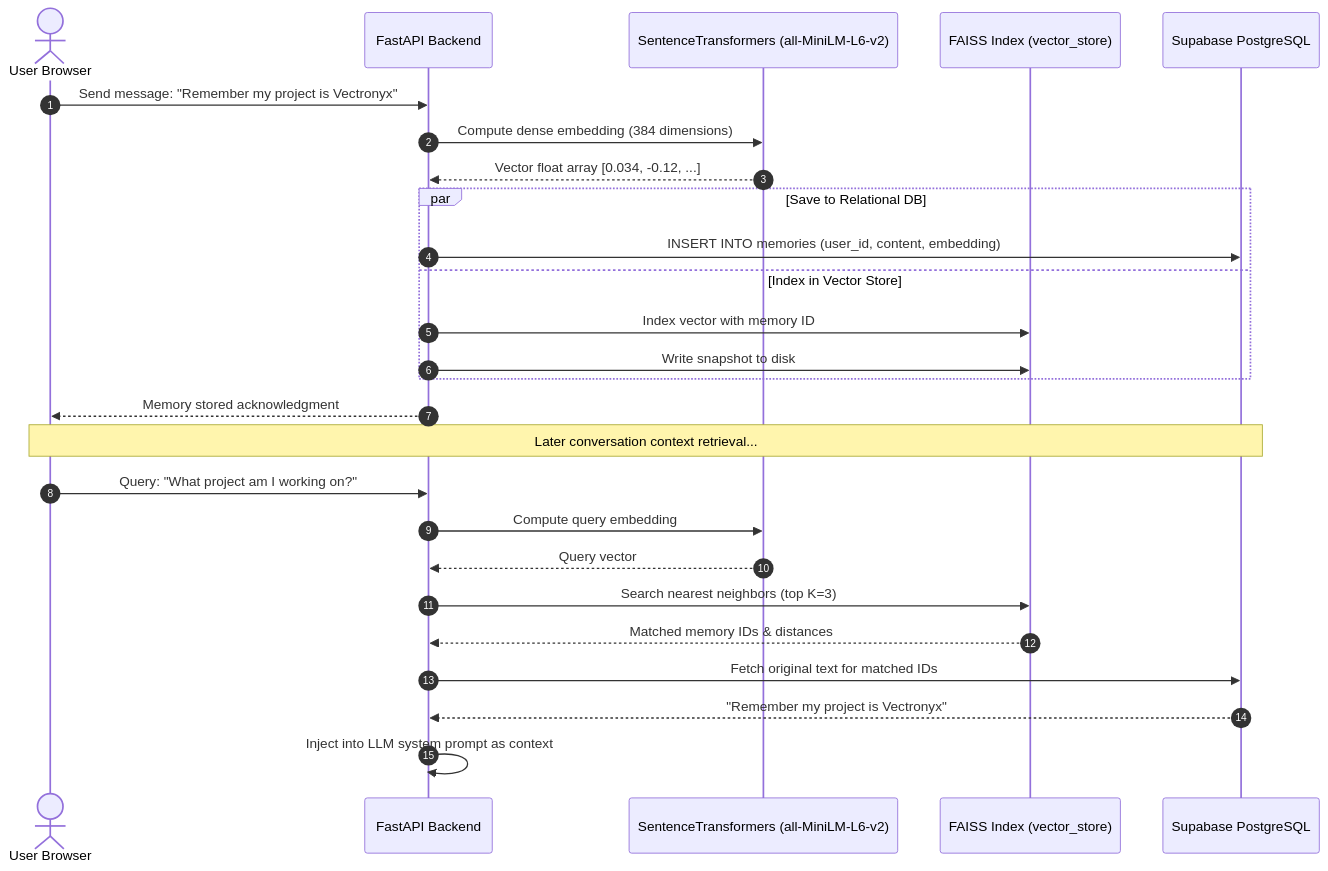
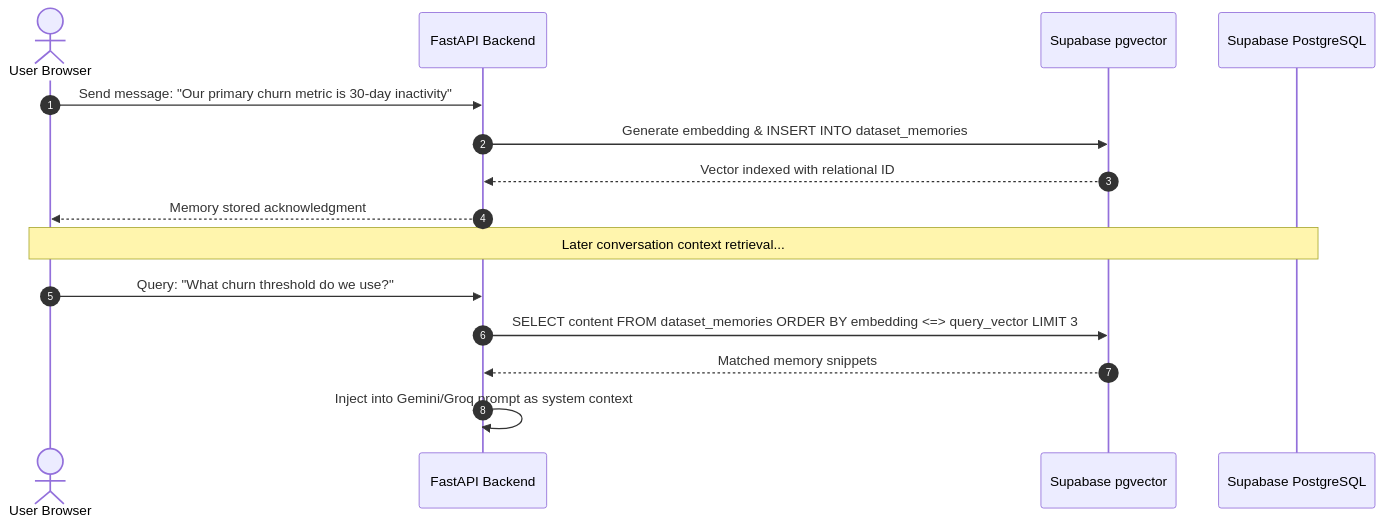
The third of 3 diagrams in docs/ARCHITECTURE.md (din-esh-kumar/Vectronyx), drawn with Mermaid before and after one commit. The commit also changed other lines of this file and 8 other files, not shown here.

Commit message:
docs(architecture): update documentation suite to cloud-native storage, pgvector, and Gemini/Groq dual inference

````diff
--- a/docs/ARCHITECTURE.md
+++ b/docs/ARCHITECTURE.md
@@ -164,31 +162,20 @@
 ```mermaid
 sequenceDiagram
     autonumber
     actor User as User Browser
     participant API as FastAPI Backend
-    participant ST as SentenceTransformers (all-MiniLM-L6-v2)
-    participant FAISS as FAISS Index (vector_store)
+    participant PGVector as Supabase pgvector
     participant DB as Supabase PostgreSQL
 
-    User->>API: Send message: "Remember my project is Vectronyx"
-    API->>ST: Compute dense embedding (384 dimensions)
-    ST-->>API: Vector float array [0.034, -0.12, ...]
-    par Save to Relational DB
-        API->>DB: INSERT INTO memories (user_id, content, embedding)
-    and Index in Vector Store
-        API->>FAISS: Index vector with memory ID
-        API->>FAISS: Write snapshot to disk
-    end
+    User->>API: Send message: "Our primary churn metric is 30-day inactivity"
+    API->>PGVector: Generate embedding & INSERT INTO dataset_memories
+    PGVector-->>API: Vector indexed with relational ID
     API-->>User: Memory stored acknowledgment
 
     Note over User,DB: Later conversation context retrieval...
 
-    User->>API: Query: "What project am I working on?"
-    API->>ST: Compute query embedding
-    ST-->>API: Query vector
-    API->>FAISS: Search nearest neighbors (top K=3)
-    FAISS-->>API: Matched memory IDs & distances
-    API->>DB: Fetch original text for matched IDs
-    DB-->>API: "Remember my project is Vectronyx"
-    API->>API: Inject into LLM system prompt as context
+    User->>API: Query: "What churn threshold do we use?"
+    API->>PGVector: SELECT content FROM dataset_memories ORDER BY embedding <=> query_vector LIMIT 3
+    PGVector-->>API: Matched memory snippets
+    API->>API: Inject into Gemini/Groq prompt as system context
 ```
````
